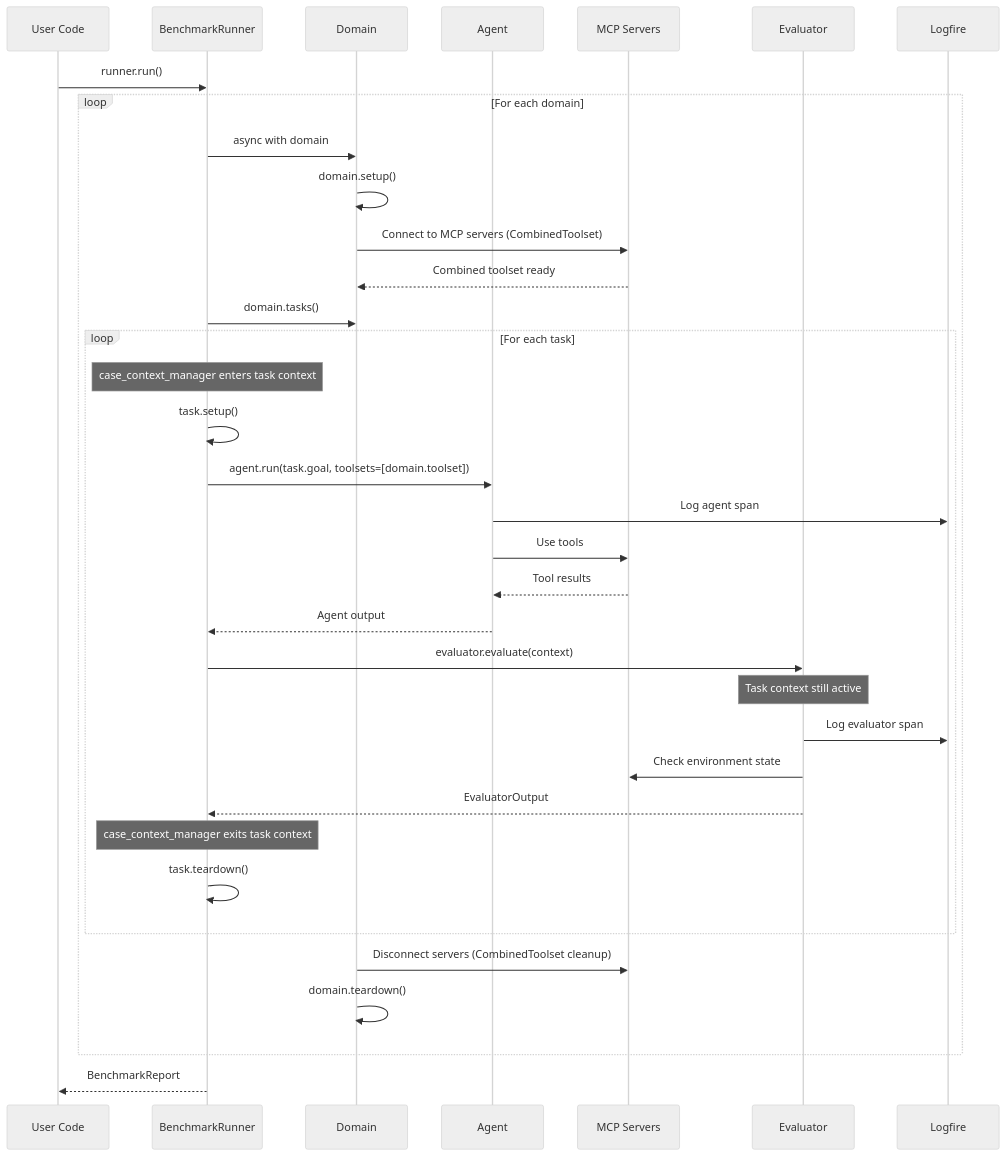
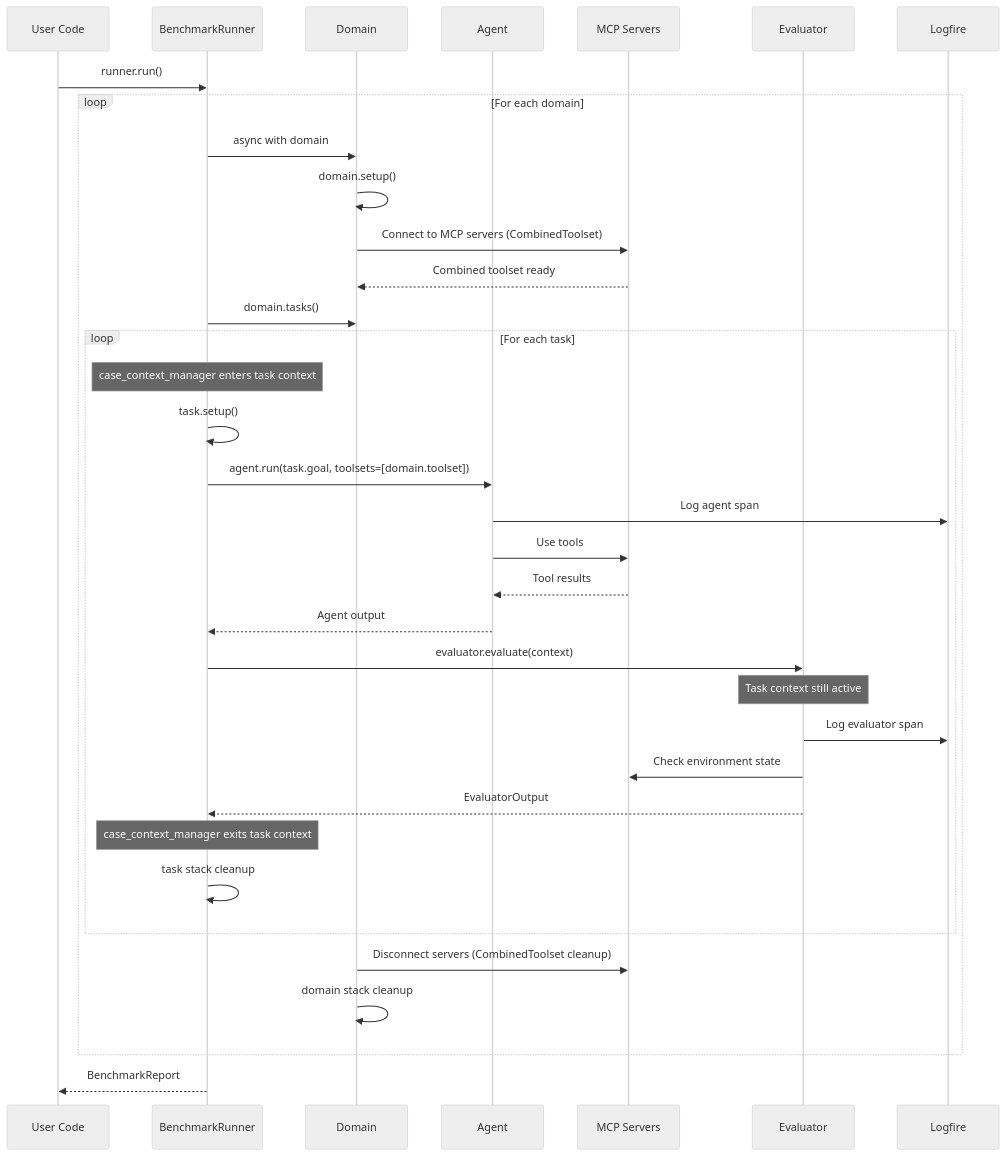
Before and after one commit to deeppavlov/mcp-evals: the second of 3 diagrams in README.md, drawn with Mermaid (neutral theme). The commit also changed other lines of this file, not shown here.

````diff
--- a/README.md
+++ b/README.md
@@ -415,43 +463,43 @@
 ```mermaid
 sequenceDiagram
     participant U as User Code
     participant R as BenchmarkRunner
     participant D as Domain
     participant A as Agent
     participant MCP as MCP Servers
     participant E as Evaluator
     participant LF as Logfire
 
     U->>R: runner.run()
     
     loop For each domain
         R->>D: async with domain
         D->>D: domain.setup()
         D->>MCP: Connect to MCP servers (CombinedToolset)
         MCP-->>D: Combined toolset ready
         R->>D: domain.tasks()
         
         loop For each task
             Note over R: case_context_manager enters task context
             R->>R: task.setup()
             R->>A: agent.run(task.goal, toolsets=[domain.toolset])
             A->>LF: Log agent span
             A->>MCP: Use tools
             MCP-->>A: Tool results
             A-->>R: Agent output
             
             R->>E: evaluator.evaluate(context)
             Note over E: Task context still active
             E->>LF: Log evaluator span
             E->>MCP: Check environment state
             E-->>R: EvaluatorOutput
             Note over R: case_context_manager exits task context
-            R->>R: task.teardown()
+            R->>R: task stack cleanup
         end
-        
+
         D->>MCP: Disconnect servers (CombinedToolset cleanup)
-        D->>D: domain.teardown()
+        D->>D: domain stack cleanup
     end
     
     R-->>U: BenchmarkReport
 ```
````
